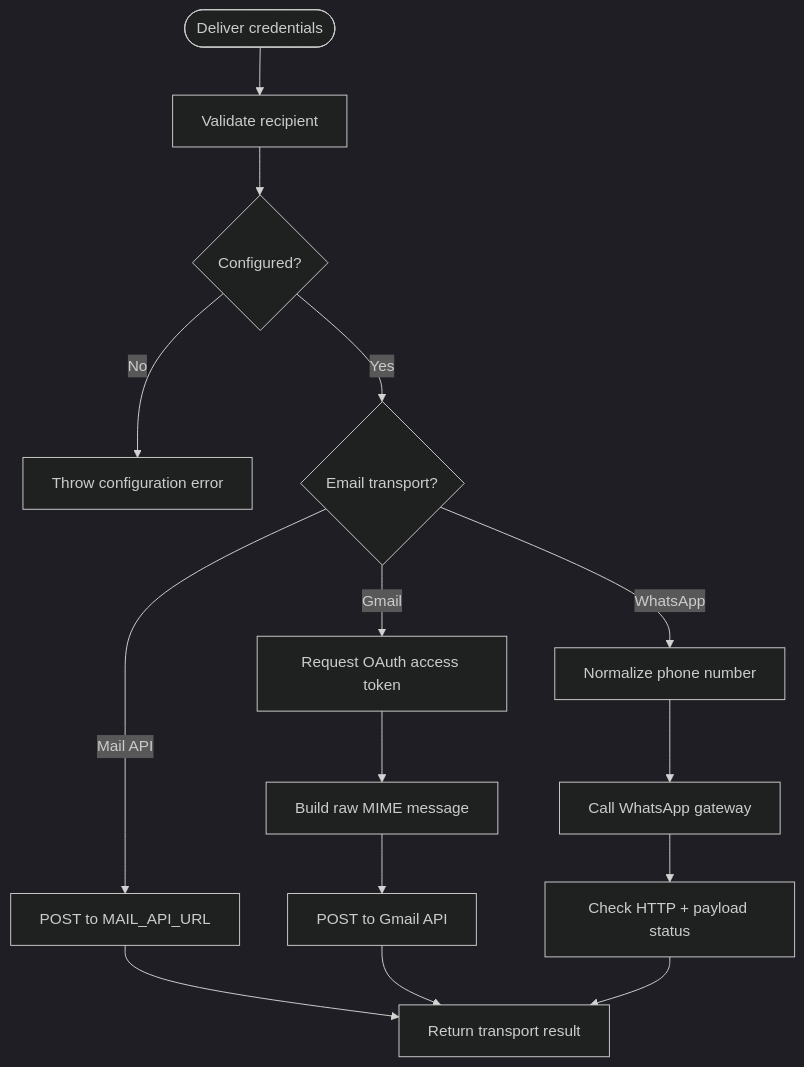
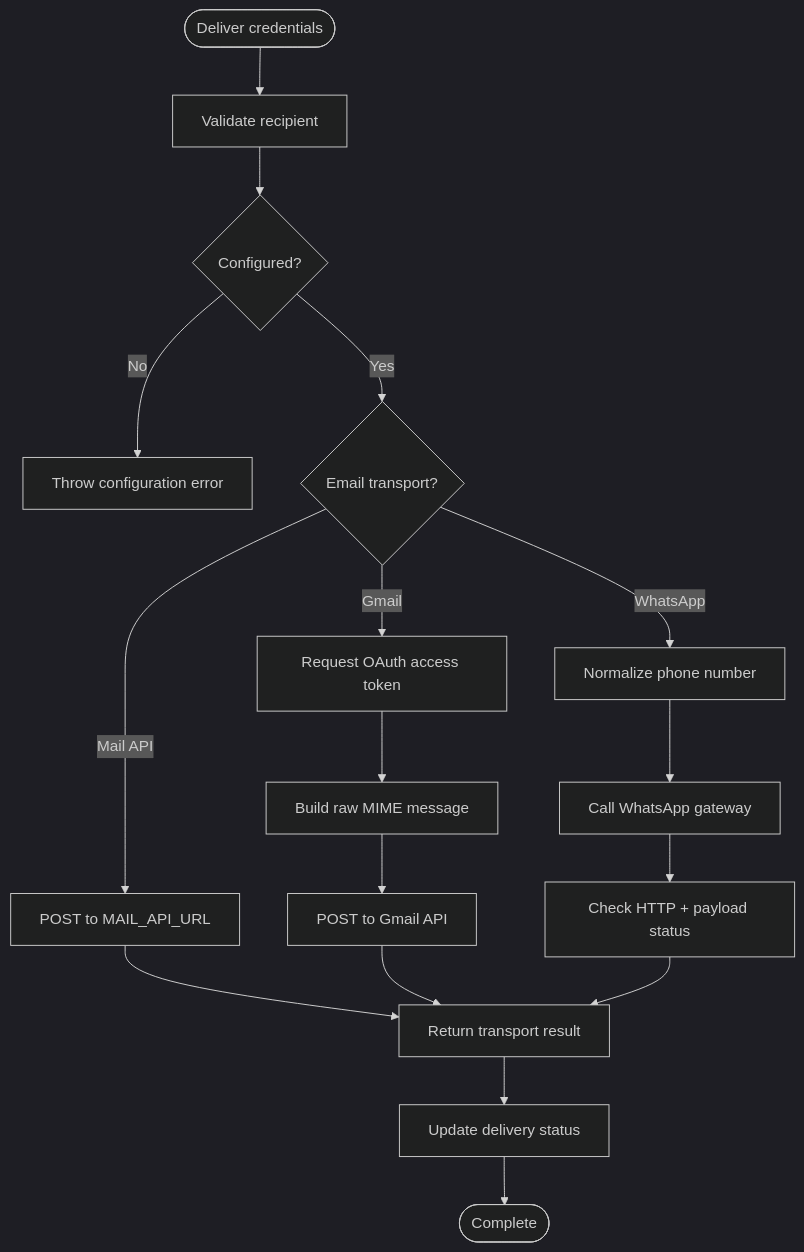
Before and after one commit to imcbsglobal/TRELLISCO_ERP_FRONTEND: the seventh of 8 diagrams in .qoder/repowiki/en/content/Public Website Features/Contact Integration.md, drawn with Mermaid (dark theme). The commit also changed other lines of this file and 15 other files, not shown here.

````diff
--- a/.qoder/repowiki/en/content/Public Website Features/Contact Integration.md
+++ b/.qoder/repowiki/en/content/Public Website Features/Contact Integration.md
@@ -313,17 +416,19 @@
 ```mermaid
 flowchart TD
 Start(["Deliver credentials"]) --> CheckRecipient["Validate recipient"]
 CheckRecipient --> ConfigCheck{"Configured?"}
 ConfigCheck --> |No| ThrowError["Throw configuration error"]
 ConfigCheck --> |Yes| ChooseTransport{"Email transport?"}
 ChooseTransport --> |Mail API| CallMailAPI["POST to MAIL_API_URL"]
 ChooseTransport --> |Gmail| RequestToken["Request OAuth access token"]
 RequestToken --> BuildMessage["Build raw MIME message"]
 BuildMessage --> SendGmail["POST to Gmail API"]
 CallMailAPI --> Result["Return transport result"]
 SendGmail --> Result
 ChooseTransport --> |WhatsApp| NormalizeNumber["Normalize phone number"]
 NormalizeNumber --> CallWA["Call WhatsApp gateway"]
 CallWA --> CheckStatus["Check HTTP + payload status"]
 CheckStatus --> Result
+Result --> TrackStatus["Update delivery status"]
+TrackStatus --> End(["Complete"])
 ```
````
